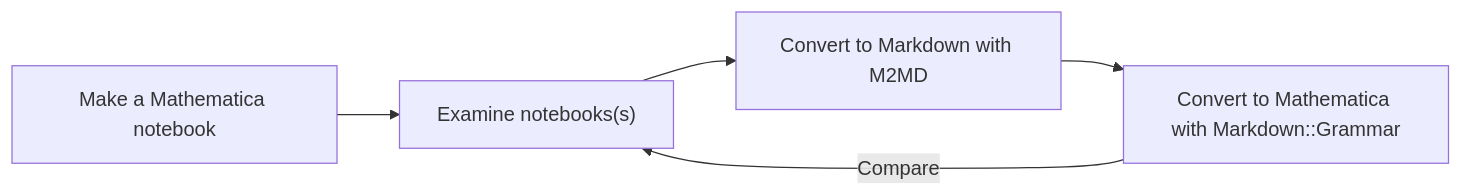
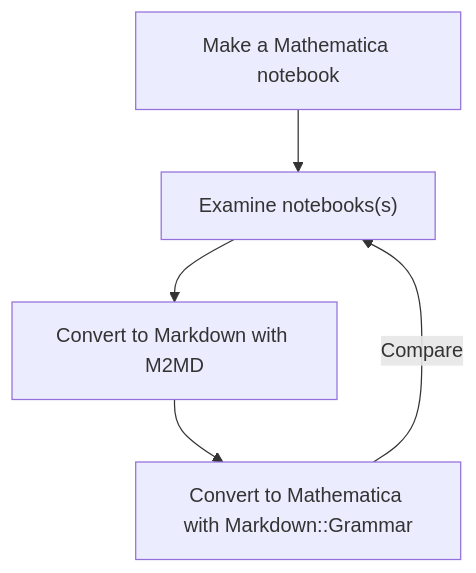
Before and after one commit to antononcube/Raku-Markdown-Grammar: the diagram in README-work.md, drawn with Mermaid. The commit also changed other lines of this file and 1 other file, not shown here.

Commit message:
docs:Better diagram.

````diff
--- a/README-work.md
+++ b/README-work.md
@@ -45,7 +45,7 @@
 ```mermaid
-graph LR
+graph TD
     wl[Make a Mathematica notebook] --> e
     e["Examine notebooks(s)"] --> m2md
     m2md["Convert to Markdown with M2MD"] --> md2wl
     md2wl["Convert to Mathematica with Markdown::Grammar"] --> |Compare|e
 ```
````
